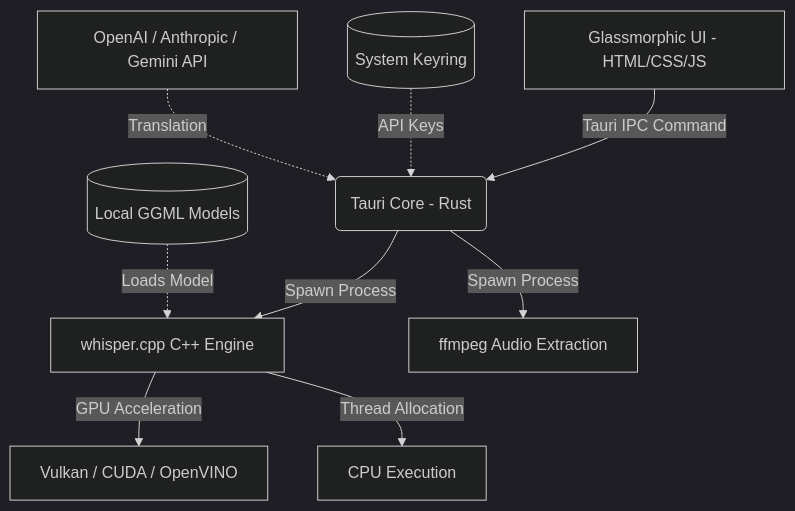
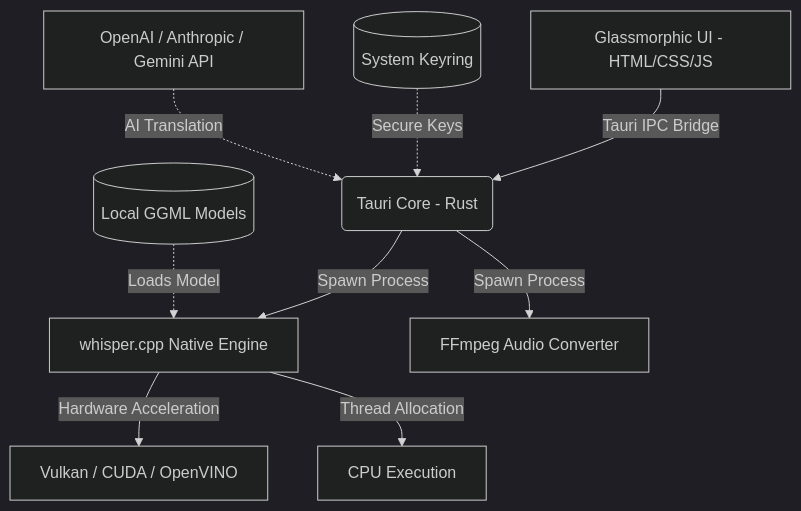
One commit to AtomicError/whisper-desktop changed the diagram in README.md. Above: the diagram before and after it, drawn with Mermaid (dark theme). The commit also changed other lines of this file, not shown here.

````diff
--- a/README.md
+++ b/README.md
@@ -56,11 +95,11 @@
 ```mermaid
 graph TD
-    A[Glassmorphic UI - HTML/CSS/JS] -->|Tauri IPC Command| B(Tauri Core - Rust)
-    B -->|Spawn Process| C[whisper.cpp C++ Engine]
-    B -->|Spawn Process| G[ffmpeg Audio Extraction]
-    C -->|GPU Acceleration| E[Vulkan / CUDA / OpenVINO]
+    A[Glassmorphic UI - HTML/CSS/JS] -->|Tauri IPC Bridge| B(Tauri Core - Rust)
+    B -->|Spawn Process| C[whisper.cpp Native Engine]
+    B -->|Spawn Process| G[FFmpeg Audio Converter]
+    C -->|Hardware Acceleration| E[Vulkan / CUDA / OpenVINO]
     C -->|Thread Allocation| D[CPU Execution]
     F[(Local GGML Models)] -.->|Loads Model| C
-    H[(System Keyring)] -.->|API Keys| B
-    I[OpenAI / Anthropic / Gemini API] -.->|Translation| B
+    H[(System Keyring)] -.->|Secure Keys| B
+    I[OpenAI / Anthropic / Gemini API] -.->|AI Translation| B
 ```
````
